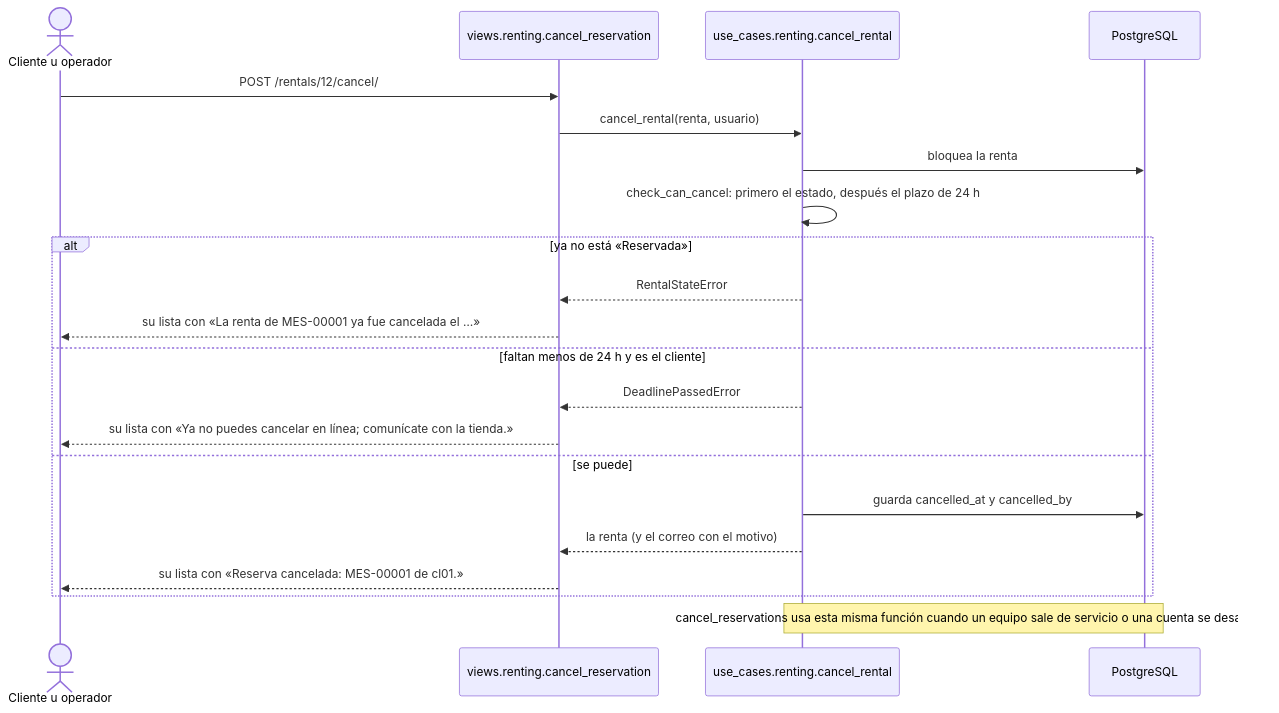
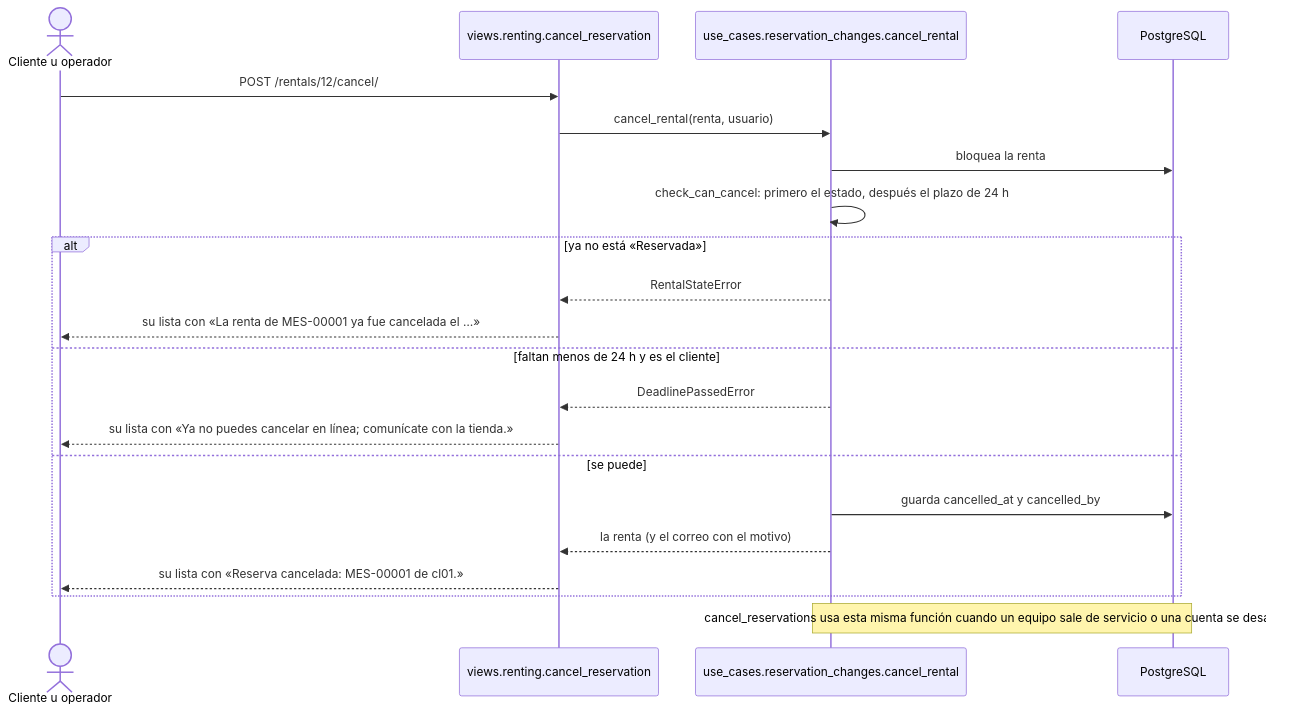
Before and after one commit to peterteranb/astra-rent-system: diagram 14 of 38 in docs/casos-de-uso.md, drawn with Mermaid. The commit also changed other lines of this file and 30 other files, not shown here.

````diff
--- a/docs/casos-de-uso.md
+++ b/docs/casos-de-uso.md
@@ -550,23 +550,23 @@
 ```mermaid
 sequenceDiagram
     actor C as Cliente u operador
     participant V as views.renting.cancel_reservation
-    participant U as use_cases.renting.cancel_rental
+    participant U as use_cases.reservation_changes.cancel_rental
     participant BD as PostgreSQL
     C->>V: POST /rentals/12/cancel/
     V->>U: cancel_rental(renta, usuario)
     U->>BD: bloquea la renta
     U->>U: check_can_cancel: primero el estado, después el plazo de 24 h
     alt ya no está «Reservada»
         U-->>V: RentalStateError
         V-->>C: su lista con «La renta de MES-00001 ya fue cancelada el …»
     else faltan menos de 24 h y es el cliente
         U-->>V: DeadlinePassedError
         V-->>C: su lista con «Ya no puedes cancelar en línea#59; comunícate con la tienda.»
     else se puede
         U->>BD: guarda cancelled_at y cancelled_by
         U-->>V: la renta (y el correo con el motivo)
         V-->>C: su lista con «Reserva cancelada: MES-00001 de cl01.»
     end
     Note over U,BD: cancel_reservations usa esta misma función cuando un equipo sale de servicio o una cuenta se desactiva.
 ```
````
